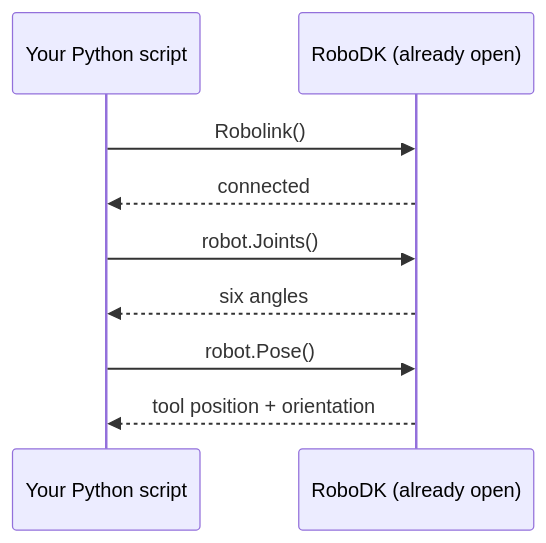
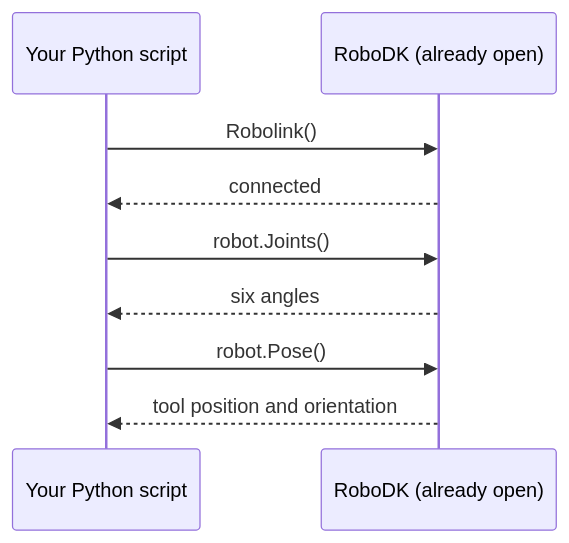
One commit to cggs-matthew-pham/cggs-digital-tutorials changed the first of 2 diagrams in robodk/01-meet-the-arm.md. Above: the diagram before and after it, drawn with Mermaid. The commit also changed other lines of this file, not shown here.

````diff
--- a/robodk/01-meet-the-arm.md
+++ b/robodk/01-meet-the-arm.md
@@ -32,11 +45,11 @@
 ```mermaid
 sequenceDiagram
     participant Py as Your Python script
     participant RDK as RoboDK (already open)
     Py->>RDK: Robolink()
     RDK-->>Py: connected
     Py->>RDK: robot.Joints()
     RDK-->>Py: six angles
     Py->>RDK: robot.Pose()
-    RDK-->>Py: tool position + orientation
+    RDK-->>Py: tool position and orientation
 ```
````
